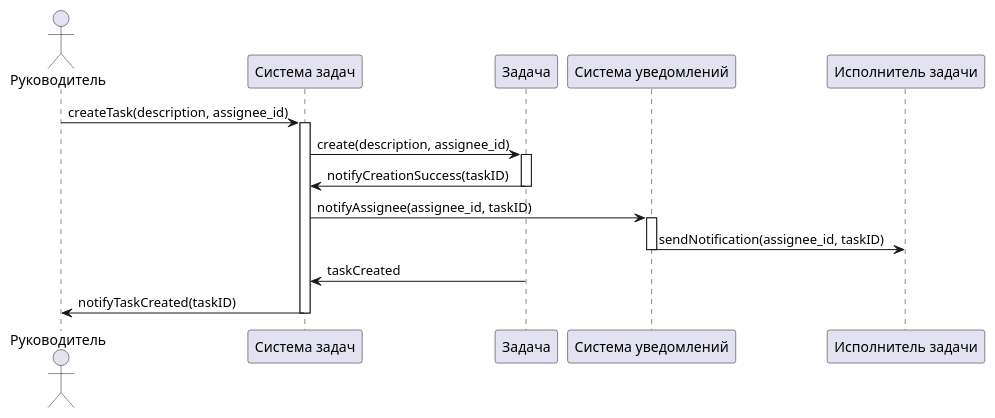
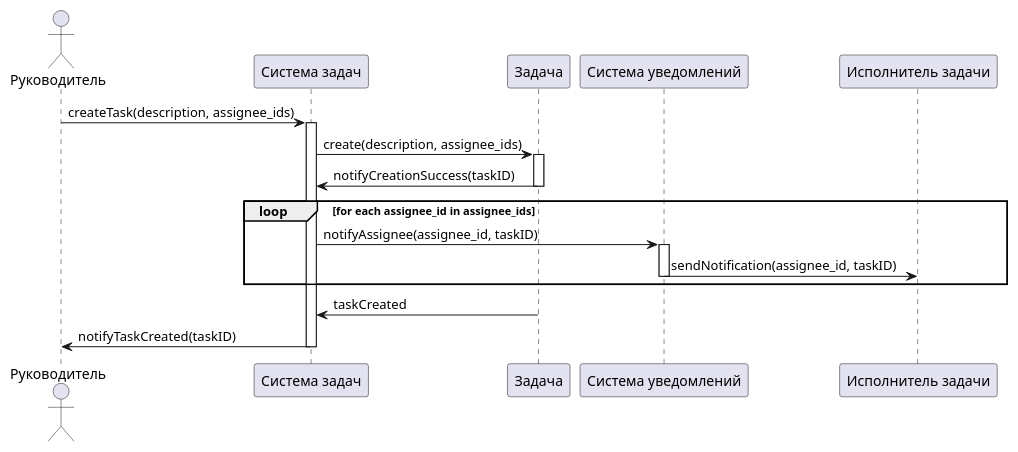
The diagram in Прецеденты/Создание задания/Диаграмма последовательности Создание задания.md (penamarth/bsbo-01-22_team5_var7), drawn with PlantUML before and after one commit.

Commit message:
Update Диаграмма последовательности Создание задания.md

````diff
--- a/Прецеденты/Создание задания/Диаграмма последовательности Создание задания.md
+++ b/Прецеденты/Создание задания/Диаграмма последовательности Создание задания.md
@@ -1,22 +1,25 @@
 ```plantuml
 @startuml
 actor "Руководитель" as Manager
 
-Manager -> "Система задач" : createTask(description, assignee_id)
+Manager -> "Система задач" : createTask(description, assignee_ids)
 activate "Система задач"
-"Система задач" -> "Задача" : create(description, assignee_id)
+"Система задач" -> "Задача" : create(description, assignee_ids)
 activate "Задача"
 "Задача" -> "Система задач" : notifyCreationSuccess(taskID)
 deactivate "Задача"
 
-"Система задач" -> "Система уведомлений" : notifyAssignee(assignee_id, taskID)
-activate "Система уведомлений"
-"Система уведомлений" -> "Исполнитель задачи" : sendNotification(assignee_id, taskID)
-deactivate "Система уведомлений"
+loop for each assignee_id in assignee_ids
+    "Система задач" -> "Система уведомлений" : notifyAssignee(assignee_id, taskID)
+    activate "Система уведомлений"
+    "Система уведомлений" -> "Исполнитель задачи" : sendNotification(assignee_id, taskID)
+    deactivate "Система уведомлений"
+end
 
 "Система задач" <- "Задача" : taskCreated
 "Система задач" -> Manager : notifyTaskCreated(taskID)
 deactivate "Система задач"
 
 @enduml
+
 ```
````
